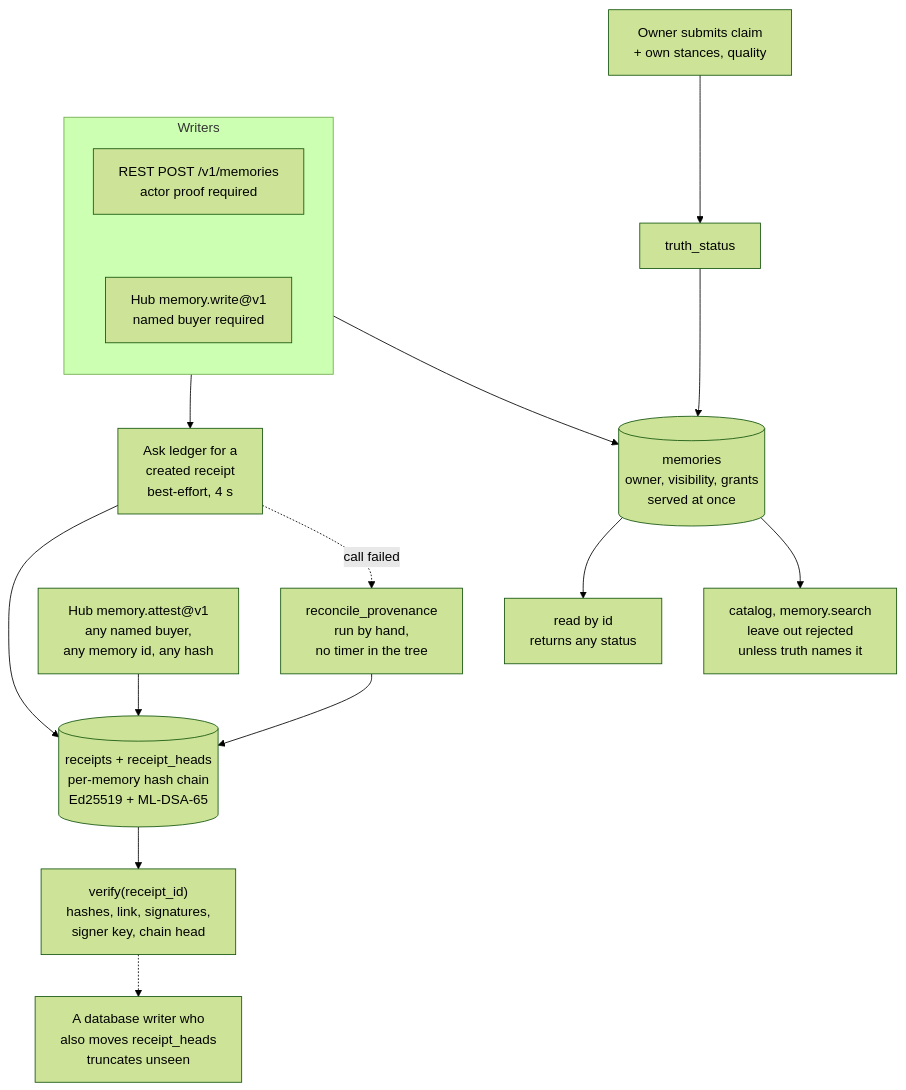
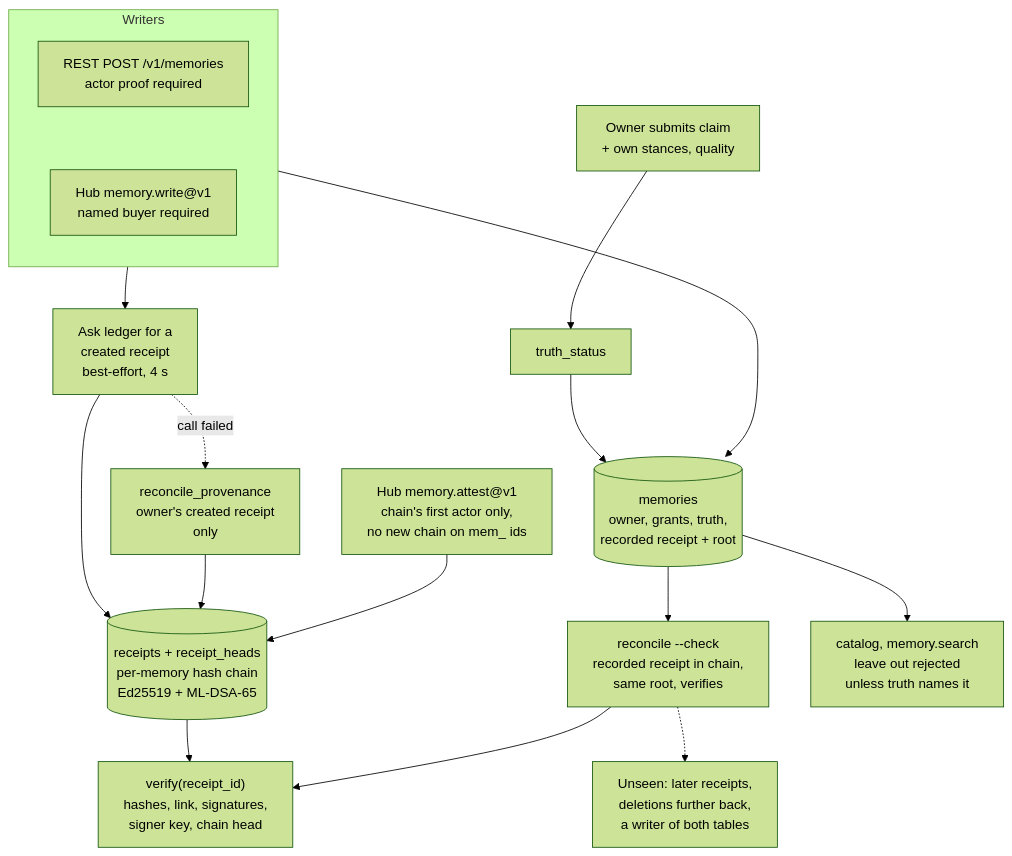
The diagram in content/systems/attested-memory.md (neoneye/agent-memory-atlas), drawn with Mermaid (forest theme) before and after one commit. The commit also changed other lines of this file and 19 other files, not shown here.

````diff
--- a/content/systems/attested-memory.md
+++ b/content/systems/attested-memory.md
@@ -102,22 +103,23 @@
 ```mermaid
-%% caption: both writers store a unit at once and ask the ledger for a created receipt, best-effort, with a reconcile command nothing schedules; verify accepts only the ledger's keys and a chain whose newest row matches the recorded head, both held in the ledger's own database; any named hub buyer can append to any chain; an owner's rejected status removes a unit from search and the catalogue, not from a read by id
+%% caption: both writers store a unit at once and ask the ledger for a created receipt; a reconcile command run by an hourly unit an operator installs finishes the misses and cross-checks each attested unit's recorded receipt and root against the ledger; verify accepts only the ledger's keys and a head that is never rebuilt; a hub buyer extends only a chain they started; the cross-check sees one receipt per unit, and in the bundled compose both tables share one database
 flowchart TD
     subgraph W["Writers"]
         direction TB
         R["REST POST /v1/memories<br/>actor proof required"]
         H["Hub memory.write@v1<br/>named buyer required"]
         R ~~~ H
     end
-    W --> M[("memories<br/>owner, visibility, grants<br/>served at once")]
+    W --> M[("memories<br/>owner, grants, truth,<br/>recorded receipt + root")]
     W --> A["Ask ledger for a<br/>created receipt<br/>best-effort, 4 s"]
-    A -.->|"call failed"| C["reconcile_provenance<br/>run by hand,<br/>no timer in the tree"]
+    A -.->|"call failed"| C["reconcile_provenance<br/>owner's created receipt<br/>only"]
     A --> L[("receipts + receipt_heads<br/>per-memory hash chain<br/>Ed25519 + ML-DSA-65")]
     C --> L
-    X["Hub memory.attest@v1<br/>any named buyer,<br/>any memory id, any hash"] --> L
+    X["Hub memory.attest@v1<br/>chain's first actor only,<br/>no new chain on mem_ ids"] --> L
     L --> V["verify(receipt_id)<br/>hashes, link, signatures,<br/>signer key, chain head"]
-    V -.-> F["A database writer who<br/>also moves receipt_heads<br/>truncates unseen"]
+    M --> K["reconcile --check<br/>recorded receipt in chain,<br/>same root, verifies"]
+    K --> V
+    K -.-> G["Unseen: later receipts,<br/>deletions further back,<br/>a writer of both tables"]
     O["Owner submits claim<br/>+ own stances, quality"] --> T["truth_status"]
     T --> M
     M --> S["catalog, memory.search<br/>leave out rejected<br/>unless truth names it"]
-    M --> B["read by id<br/>returns any status"]
 ```
````
